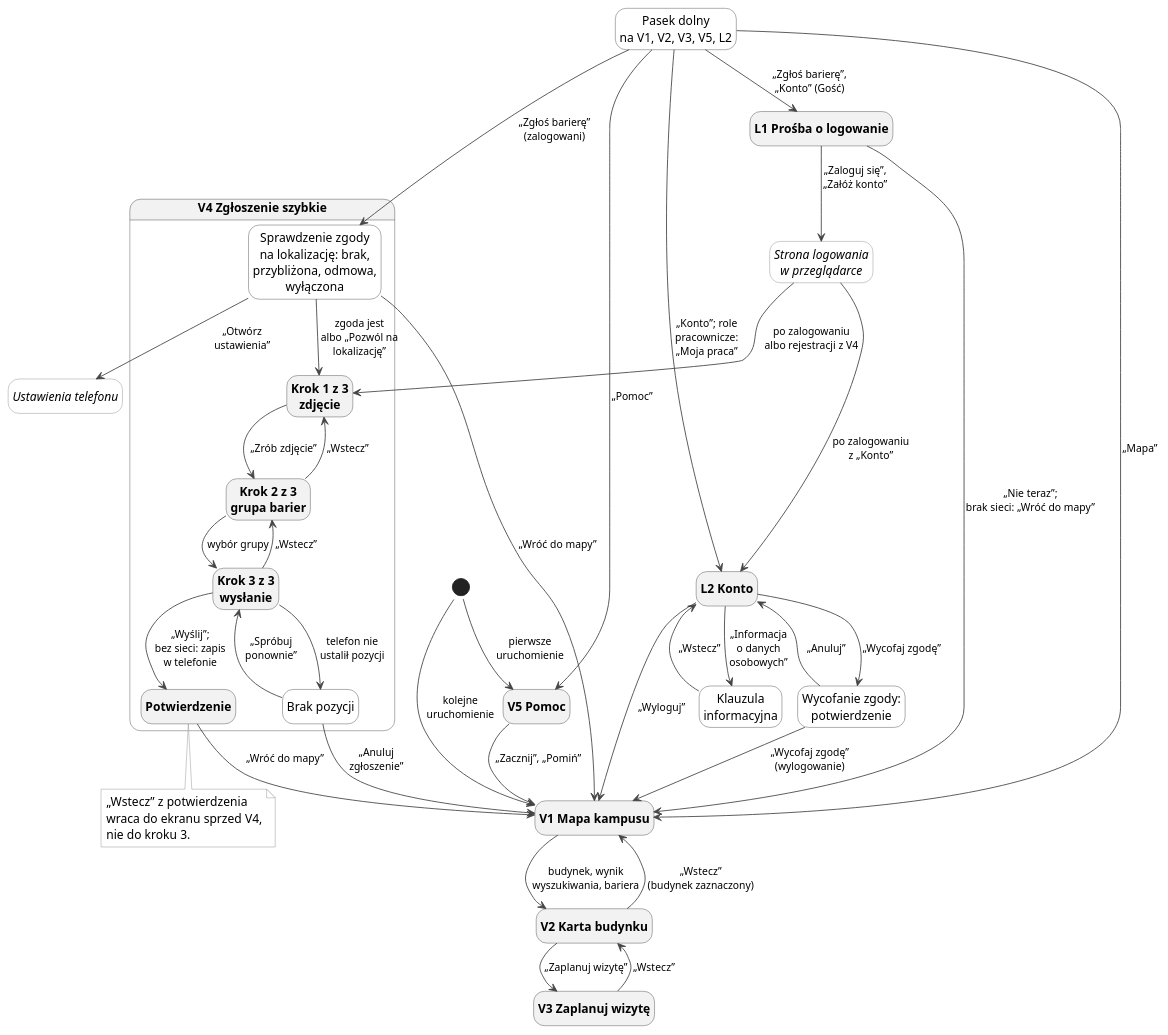
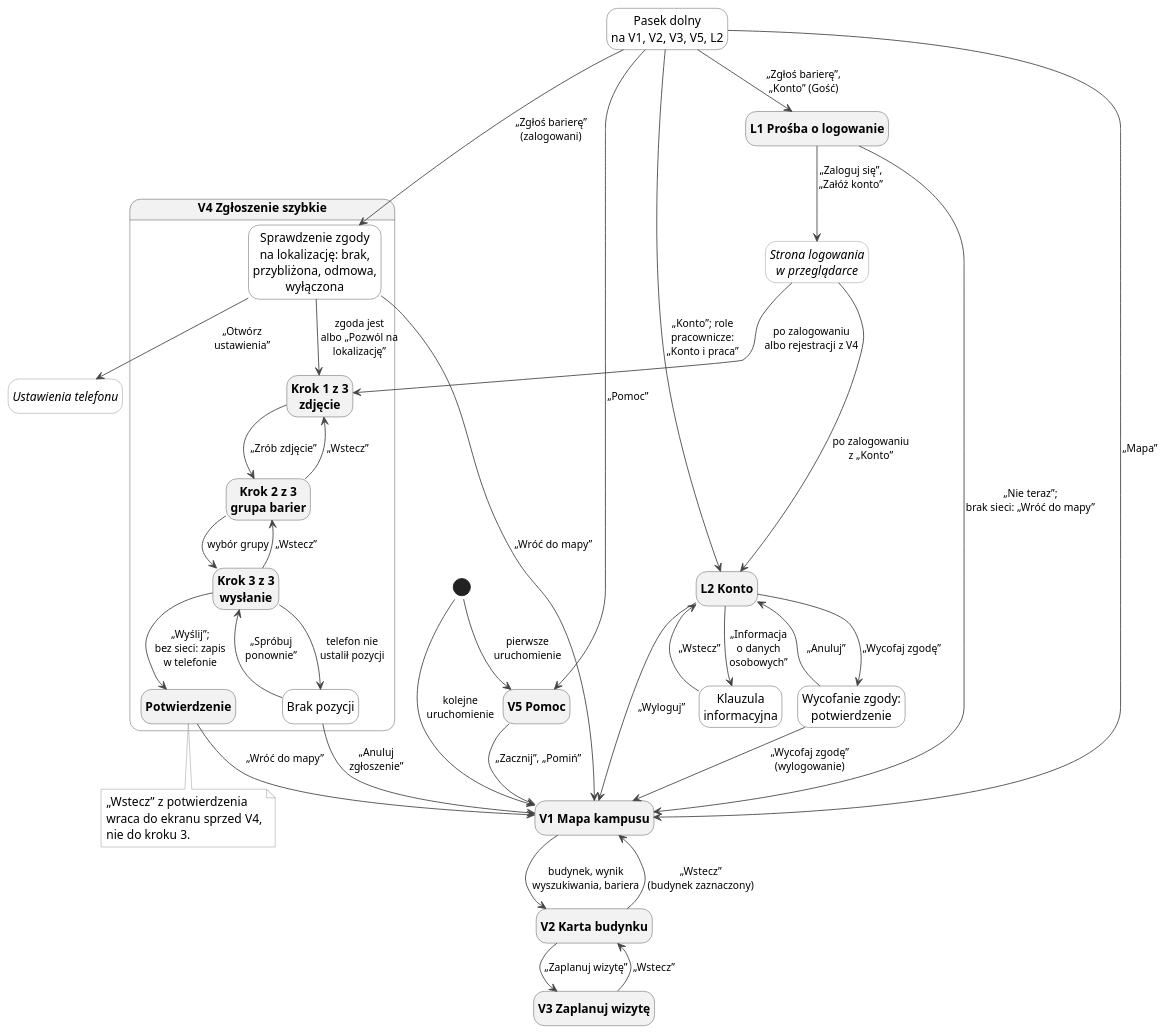
One commit to dostepny-kampus/dostepny-kampus changed the diagram in docs/docs/ux/nawigacja-odwiedzajacy.puml. Above: the diagram before and after it, drawn with PlantUML. The commit also changed 4 other files, not shown here.

Commit message:
docs(ux): rename team work entry to Konto i praca

```diff
--- a/docs/docs/ux/nawigacja-odwiedzajacy.puml
+++ b/docs/docs/ux/nawigacja-odwiedzajacy.puml
@@ -1,92 +1,92 @@
 @startuml
 !pragma layout smetana
 hide empty description
 skinparam defaultFontSize 14
 skinparam ArrowColor #444444
 skinparam ArrowFontSize 12
 skinparam state {
   BackgroundColor #F2F2F2
   BorderColor #444444
   FontStyle bold
 }
 skinparam state<<poza>> {
   BackgroundColor #FFFFFF
   BorderColor #888888
   FontStyle italic
 }
 skinparam state<<stan>> {
   BackgroundColor #FFFFFF
   BorderColor #444444
   FontStyle normal
 }
 skinparam note {
   BackgroundColor #FFFFFF
   BorderColor #888888
 }
 
 state "V5 Pomoc" as V5
 state "V1 Mapa kampusu" as V1
 state "V2 Karta budynku" as V2
 state "V3 Zaplanuj wizytę" as V3
 state "Pasek dolny\nna V1, V2, V3, V5, L2" as PASEK <<stan>>
 state "L1 Prośba o logowanie" as L1
 state "L2 Konto" as L2
 state "Klauzula\ninformacyjna" as KL <<stan>>
 state "Wycofanie zgody:\npotwierdzenie" as WZ <<stan>>
 state "Strona logowania\nw przeglądarce" as WWW <<poza>>
 state "Ustawienia telefonu" as UST <<poza>>
 
 state "V4 Zgłoszenie szybkie" as V4 {
   state "Sprawdzenie zgody\nna lokalizację: brak,\nprzybliżona, odmowa,\nwyłączona" as ZG <<stan>>
   state "Krok 1 z 3\nzdjęcie" as K1
   state "Krok 2 z 3\ngrupa barier" as K2
   state "Krok 3 z 3\nwysłanie" as K3
   state "Brak pozycji" as BP <<stan>>
   state "Potwierdzenie" as POT
 }
 
 [*] --> V5 : pierwsze\nuruchomienie
 [*] --> V1 : kolejne\nuruchomienie
 V5 --> V1 : „Zacznij”, „Pomiń”
 V1 --> V2 : budynek, wynik\nwyszukiwania, bariera
 V2 --> V1 : „Wstecz”\n(budynek zaznaczony)
 V2 --> V3 : „Zaplanuj wizytę”
 V3 --> V2 : „Wstecz”
 
 PASEK --> V1 : „Mapa”
 PASEK --> V5 : „Pomoc”
 PASEK --> ZG : „Zgłoś barierę”\n(zalogowani)
 PASEK --> L1 : „Zgłoś barierę”,\n„Konto” (Gość)
-PASEK --> L2 : „Konto”; role\npracownicze:\n„Moja praca”
+PASEK --> L2 : „Konto”; role\npracownicze:\n„Konto i praca”
 
 ZG --> K1 : zgoda jest\nalbo „Pozwól na\nlokalizację”
 ZG --> UST : „Otwórz\nustawienia”
 ZG --> V1 : „Wróć do mapy”
 K1 --> K2 : „Zrób zdjęcie”
 K2 --> K3 : wybór grupy
 K2 --> K1 : „Wstecz”
 K3 --> K2 : „Wstecz”
 K3 --> POT : „Wyślij”;\nbez sieci: zapis\nw telefonie
 K3 --> BP : telefon nie\nustalił pozycji
 BP --> K3 : „Spróbuj\nponownie”
 BP --> V1 : „Anuluj\nzgłoszenie”
 POT --> V1 : „Wróć do mapy”
 
 L1 --> WWW : „Zaloguj się”,\n„Załóż konto”
 WWW --> K1 : po zalogowaniu\nalbo rejestracji z V4
 WWW --> L2 : po zalogowaniu\nz „Konto”
 L1 --> V1 : „Nie teraz”;\nbrak sieci: „Wróć do mapy”
 
 L2 --> V1 : „Wyloguj”
 L2 --> WZ : „Wycofaj zgodę”
 WZ --> L2 : „Anuluj”
 WZ --> V1 : „Wycofaj zgodę”\n(wylogowanie)
 L2 --> KL : „Informacja\no danych\nosobowych”
 KL --> L2 : „Wstecz”
 
 note bottom of POT
   „Wstecz” z potwierdzenia
   wraca do ekranu sprzed V4,
   nie do kroku 3.
 end note
 @enduml
```
